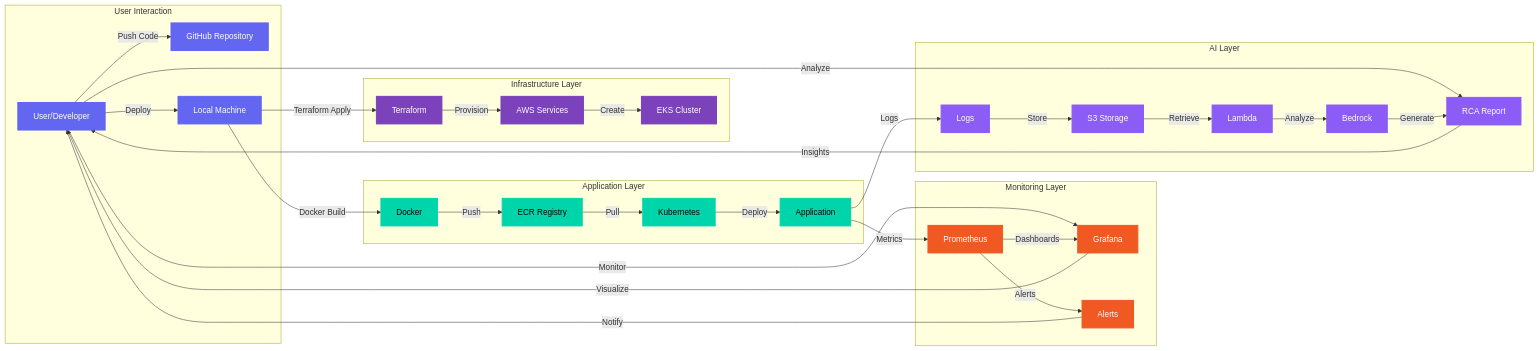
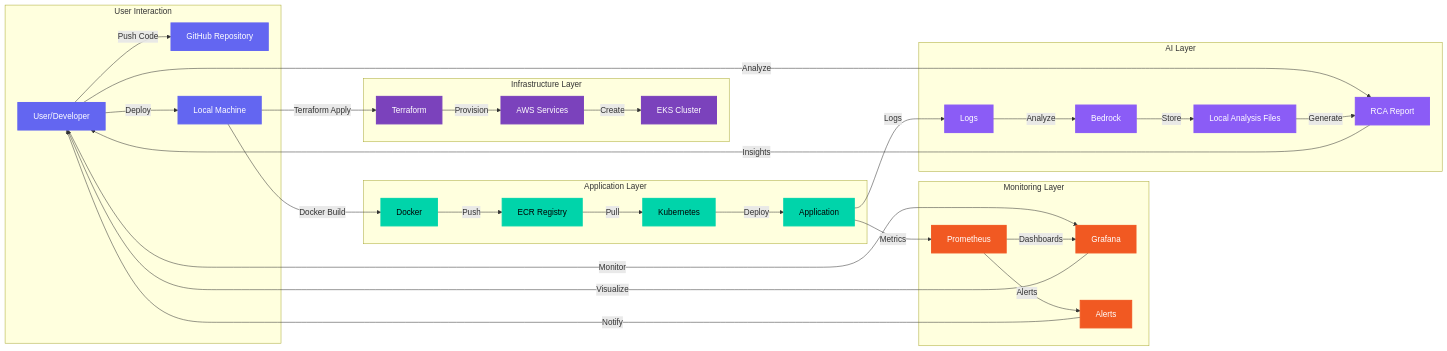
One commit to paul123z/SRE-Terraform-EKS-AWS-Incident-Scenario changed the eighth of 8 diagrams in ARCHITECTURE_FLOWCHARTS.md. Above: the diagram before and after it, drawn with Mermaid. The commit also changed other lines of this file and 47 other files, not shown here.

Commit message:
SRE AI AWS BEDROCK INCIDENT ANALYSIS FINALLY WORKS

````diff
--- a/ARCHITECTURE_FLOWCHARTS.md
+++ b/ARCHITECTURE_FLOWCHARTS.md
@@ -603,81 +654,79 @@
 ```mermaid
 graph LR
     subgraph "User Interaction"
         USER[User/Developer]
         GITHUB[GitHub Repository]
         LOCAL[Local Machine]
     end
     
     subgraph "Infrastructure Layer"
         TERRAFORM[Terraform]
         AWS[AWS Services]
         EKS[EKS Cluster]
     end
     
     subgraph "Application Layer"
         DOCKER[Docker]
         ECR[ECR Registry]
         K8S[Kubernetes]
         APP[Application]
     end
     
     subgraph "Monitoring Layer"
         PROMETHEUS[Prometheus]
         GRAFANA[Grafana]
         ALERTS[Alerts]
     end
     
     subgraph "AI Layer"
         LOGS[Logs]
-        S3[S3 Storage]
-        LAMBDA[Lambda]
         BEDROCK[Bedrock]
+        LOCAL_FILES[Local Analysis Files]
         RCA[RCA Report]
     end
     
     %% User Flow
     USER -->|Push Code| GITHUB
     USER -->|Deploy| LOCAL
     USER -->|Monitor| GRAFANA
     USER -->|Analyze| RCA
     
     %% Infrastructure Flow
     LOCAL -->|Terraform Apply| TERRAFORM
     TERRAFORM -->|Provision| AWS
     AWS -->|Create| EKS
     
     %% Application Flow
     LOCAL -->|Docker Build| DOCKER
     DOCKER -->|Push| ECR
     ECR -->|Pull| K8S
     K8S -->|Deploy| APP
     
     %% Monitoring Flow
     APP -->|Metrics| PROMETHEUS
     PROMETHEUS -->|Dashboards| GRAFANA
     PROMETHEUS -->|Alerts| ALERTS
     
     %% AI Analysis Flow
     APP -->|Logs| LOGS
-    LOGS -->|Store| S3
-    S3 -->|Retrieve| LAMBDA
-    LAMBDA -->|Analyze| BEDROCK
-    BEDROCK -->|Generate| RCA
+    LOGS -->|Analyze| BEDROCK
+    BEDROCK -->|Store| LOCAL_FILES
+    LOCAL_FILES -->|Generate| RCA
     
     %% Feedback Loops
     ALERTS -->|Notify| USER
     RCA -->|Insights| USER
     GRAFANA -->|Visualize| USER
     
     classDef user fill:#6366F1,stroke:#6366F1,stroke-width:2px,color:#fff
     classDef infra fill:#7B42BC,stroke:#7B42BC,stroke-width:2px,color:#fff
     classDef app fill:#00D4AA,stroke:#00D4AA,stroke-width:2px,color:#000
     classDef monitoring fill:#F15922,stroke:#F15922,stroke-width:2px,color:#fff
     classDef ai fill:#8B5CF6,stroke:#8B5CF6,stroke-width:2px,color:#fff
     
     class USER,GITHUB,LOCAL user
     class TERRAFORM,AWS,EKS infra
     class DOCKER,ECR,K8S,APP app
     class PROMETHEUS,GRAFANA,ALERTS monitoring
-    class LOGS,S3,LAMBDA,BEDROCK,RCA ai
+    class LOGS,BEDROCK,LOCAL_FILES,RCA ai
 ```
````
